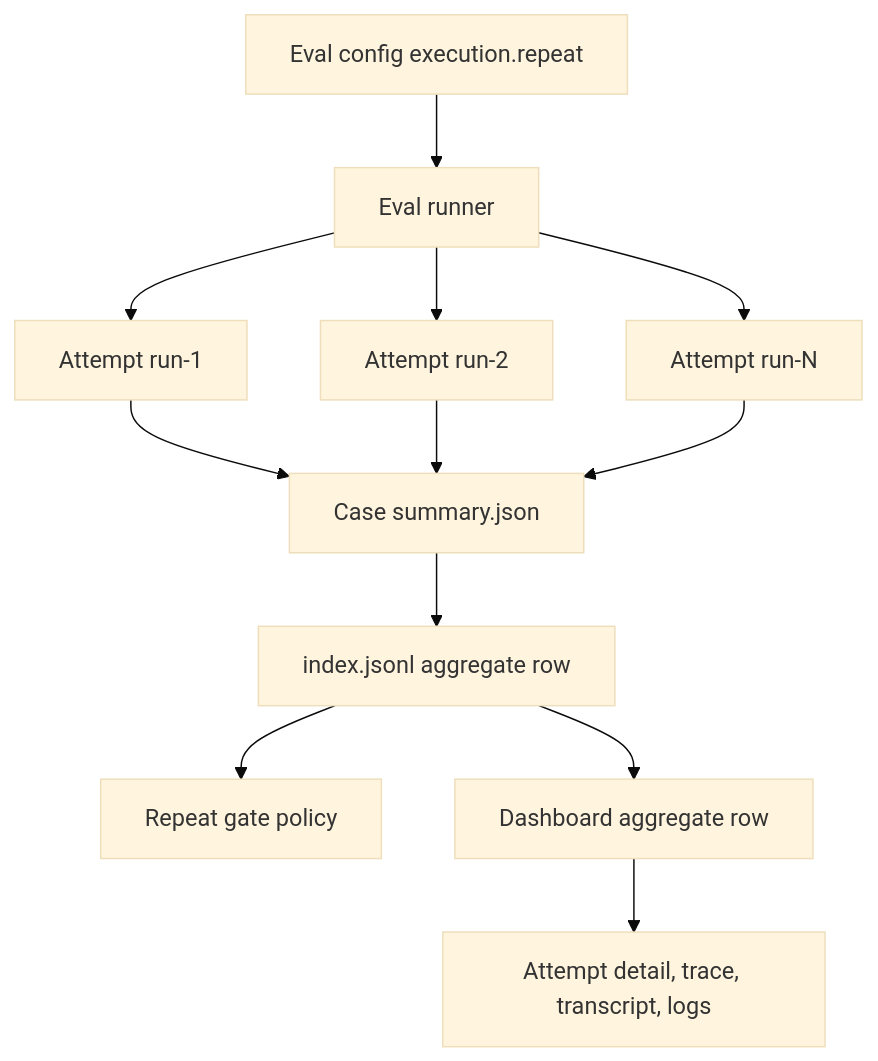
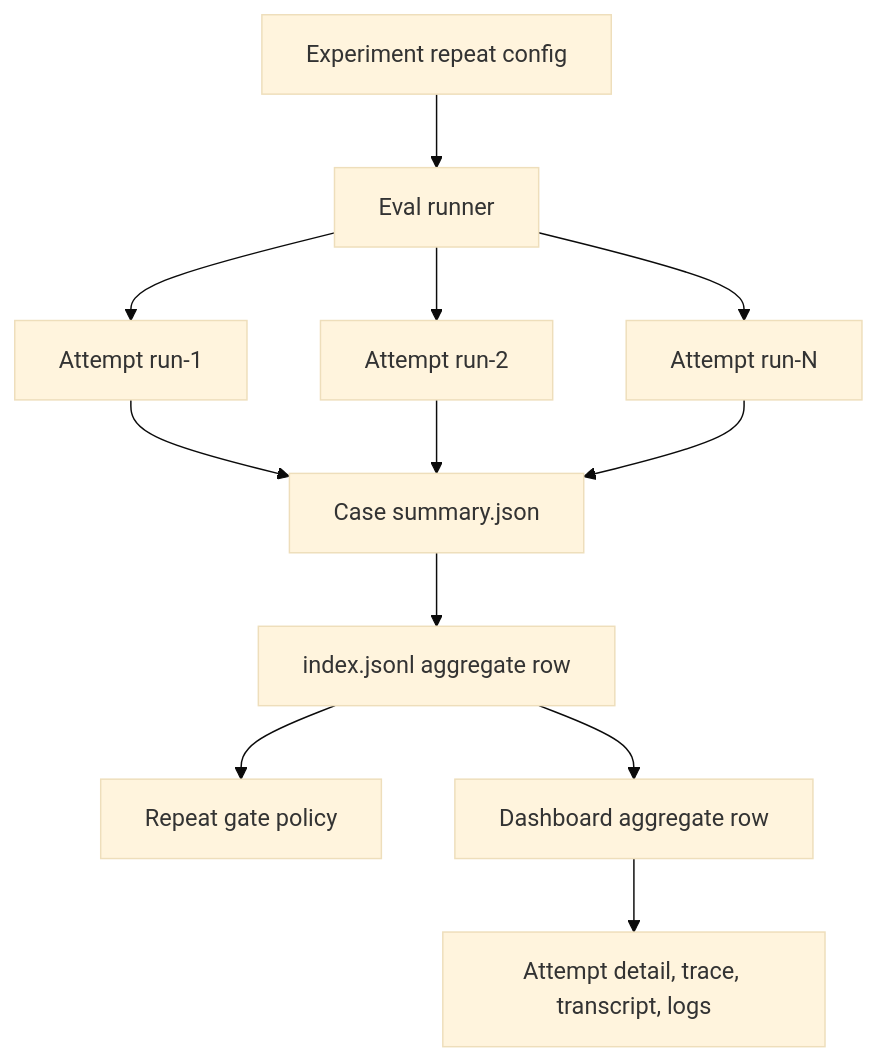
The diagram in docs/plans/2026-06-23-001-feat-repeat-runs-flaky-evals-plan.md (EntityProcess/agentv), drawn with Mermaid (base theme) before and after one commit. The commit also changed other lines of this file and 67 other files, not shown here.

````diff
--- a/docs/plans/2026-06-23-001-feat-repeat-runs-flaky-evals-plan.md
+++ b/docs/plans/2026-06-23-001-feat-repeat-runs-flaky-evals-plan.md
@@ -166,14 +166,14 @@
 ```mermaid
 flowchart TB
-  Config[Eval config execution.repeat] --> Runner[Eval runner]
+  Config[Experiment repeat config] --> Runner[Eval runner]
   Runner --> Attempt1[Attempt run-1]
   Runner --> Attempt2[Attempt run-2]
   Runner --> AttemptN[Attempt run-N]
   Attempt1 --> CaseSummary[Case summary.json]
   Attempt2 --> CaseSummary
   AttemptN --> CaseSummary
   CaseSummary --> Index[index.jsonl aggregate row]
   Index --> Gate[Repeat gate policy]
   Index --> Dashboard[Dashboard aggregate row]
   Dashboard --> Drilldown[Attempt detail, trace, transcript, logs]
 ```
````
